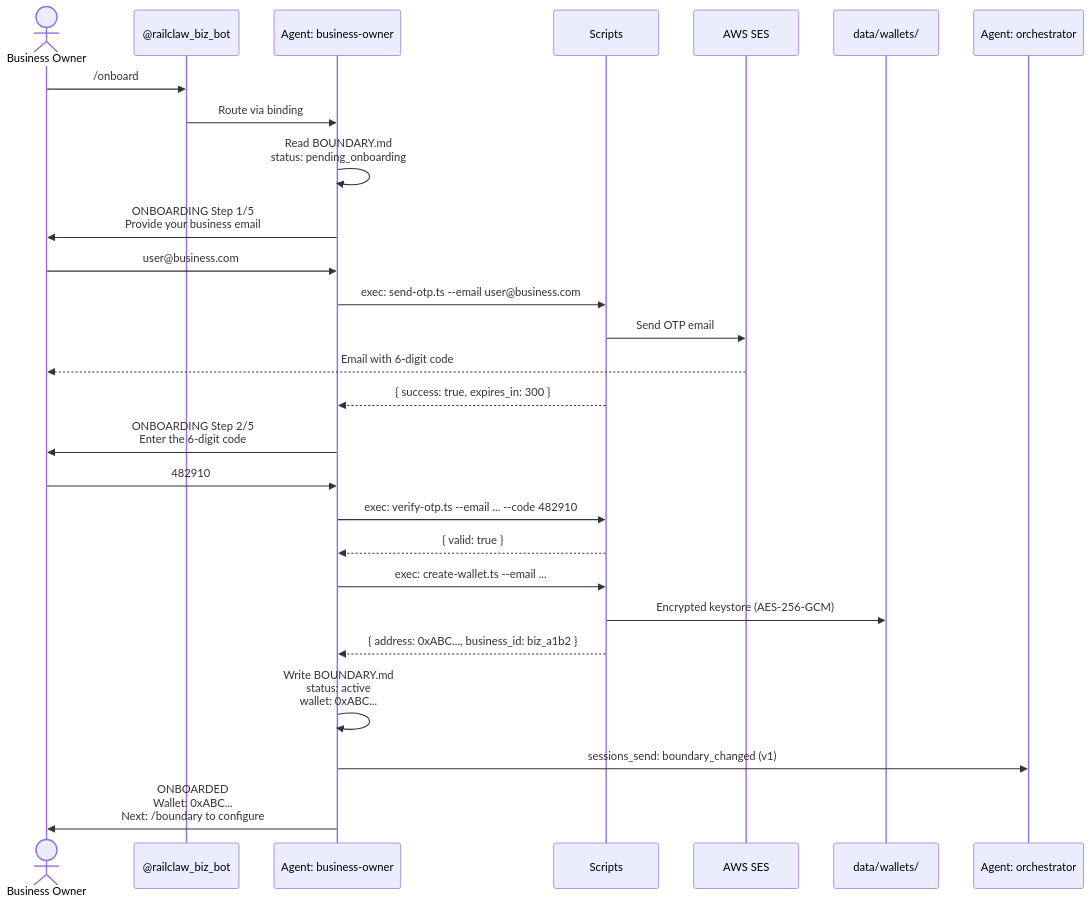
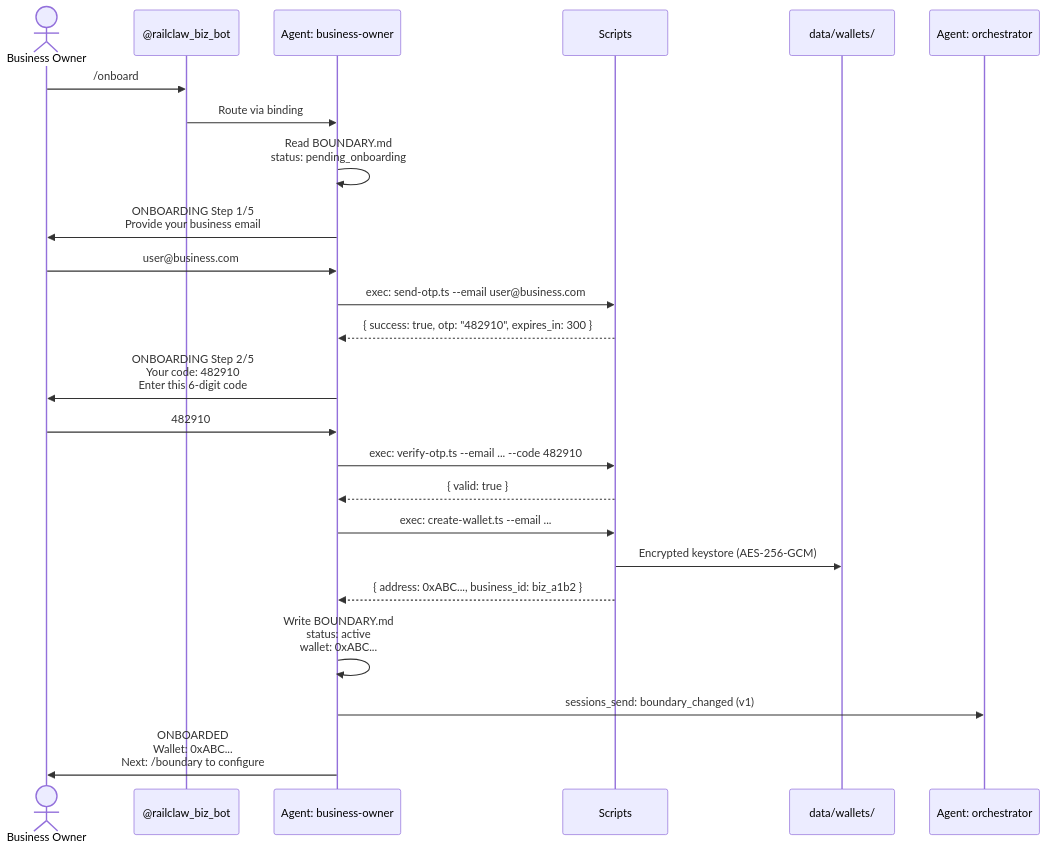
Before and after one commit to rajweb3/railclaw: the third of 7 diagrams in ARCHITECTURE.md, drawn with Mermaid. The commit also changed other lines of this file and 6 other files, not shown here.

First line of the commit message:
Replace AWS SES with Telegram-based OTP delivery

````diff
--- a/ARCHITECTURE.md
+++ b/ARCHITECTURE.md
@@ -117,38 +117,35 @@
 ```mermaid
 sequenceDiagram
     actor Owner as Business Owner
     participant Bot as @railclaw_biz_bot
     participant Agent as Agent: business-owner
     participant Script as Scripts
-    participant SES as AWS SES
     participant Store as data/wallets/
     participant Orch as Agent: orchestrator
 
     Owner->>Bot: /onboard
     Bot->>Agent: Route via binding
     Agent->>Agent: Read BOUNDARY.md<br/>status: pending_onboarding
 
     Agent->>Owner: ONBOARDING Step 1/5<br/>Provide your business email
 
     Owner->>Agent: user@business.com
     Agent->>Script: exec: send-otp.ts --email user@business.com
-    Script->>SES: Send OTP email
-    SES-->>Owner: Email with 6-digit code
-    Script-->>Agent: { success: true, expires_in: 300 }
+    Script-->>Agent: { success: true, otp: "482910", expires_in: 300 }
 
-    Agent->>Owner: ONBOARDING Step 2/5<br/>Enter the 6-digit code
+    Agent->>Owner: ONBOARDING Step 2/5<br/>Your code: 482910<br/>Enter this 6-digit code
 
     Owner->>Agent: 482910
     Agent->>Script: exec: verify-otp.ts --email ... --code 482910
     Script-->>Agent: { valid: true }
 
     Agent->>Script: exec: create-wallet.ts --email ...
     Script->>Store: Encrypted keystore (AES-256-GCM)
     Script-->>Agent: { address: 0xABC..., business_id: biz_a1b2 }
 
     Agent->>Agent: Write BOUNDARY.md<br/>status: active<br/>wallet: 0xABC...
 
     Agent->>Orch: sessions_send: boundary_changed (v1)
 
     Agent->>Owner: ONBOARDED<br/>Wallet: 0xABC...<br/>Next: /boundary to configure
 ```
````
